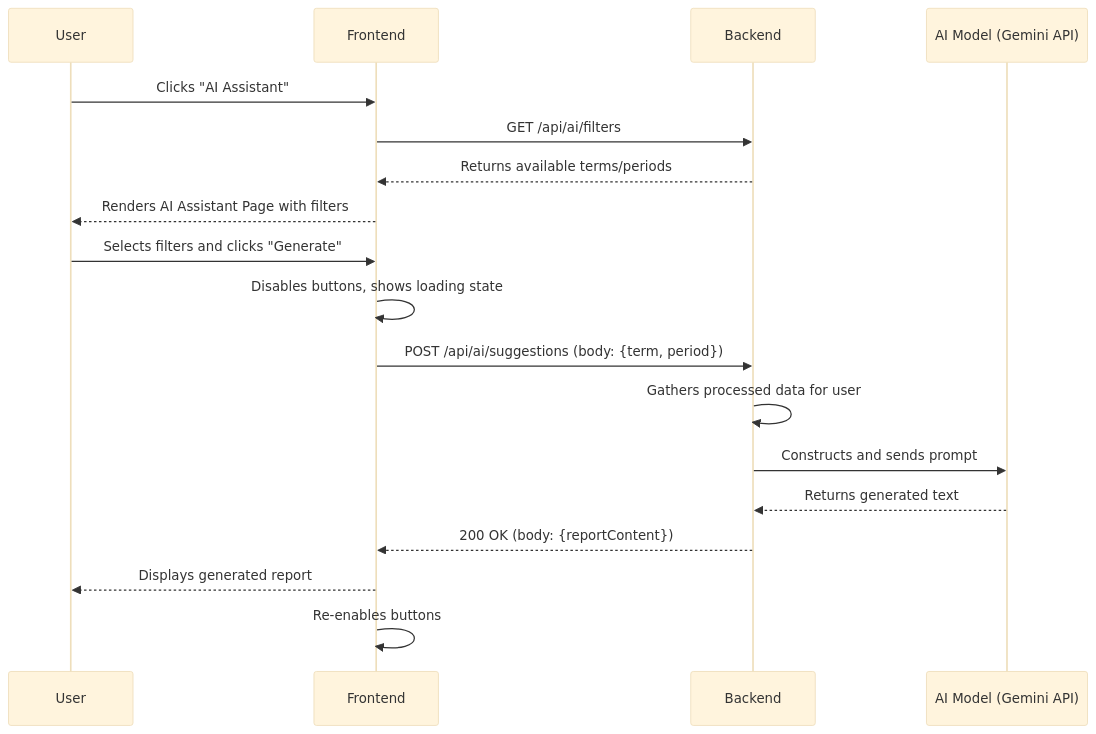
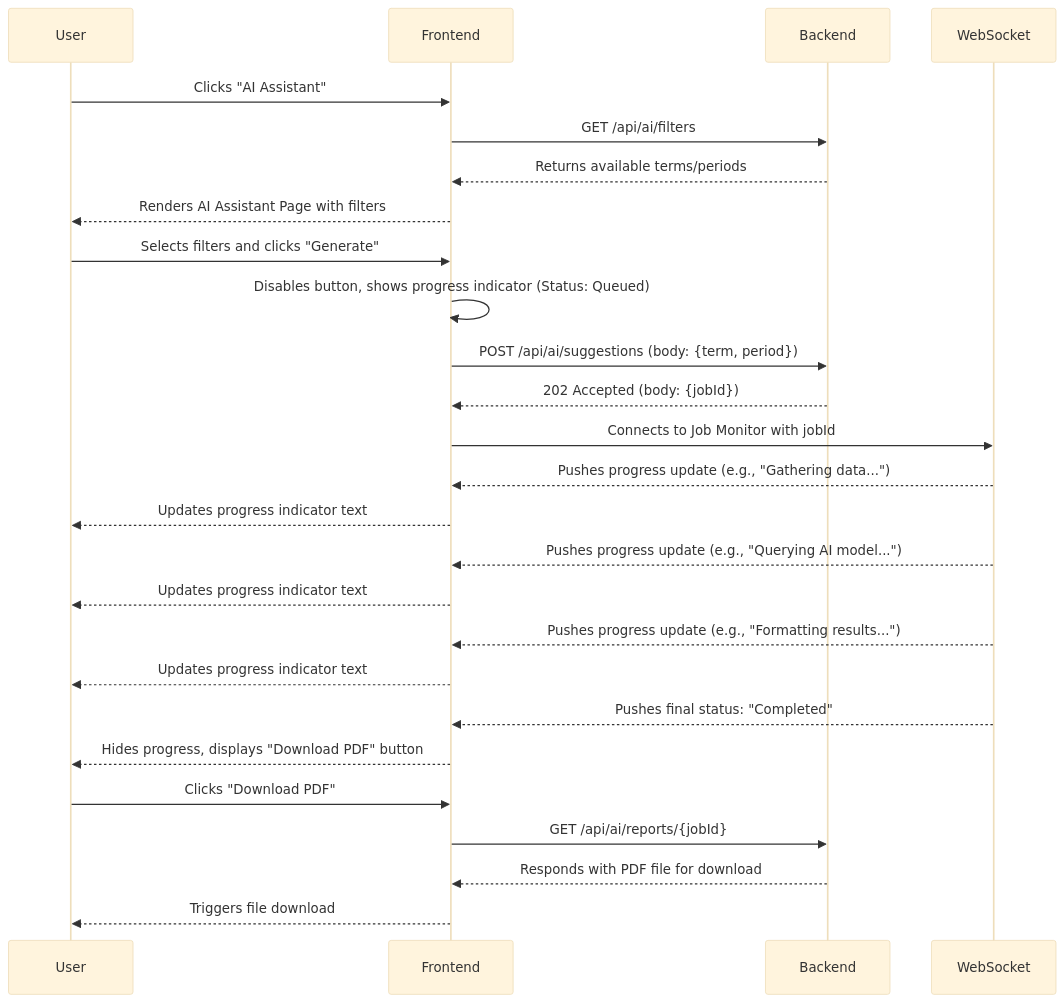
Before and after one commit to HunterKart/proficiency-faculty-evaluation: the third of 17 diagrams in docs/front-end-spec.md, drawn with Mermaid (base theme). The commit also changed other lines of this file, not shown here.

Commit message:
Updated the Generate AI Suggestions Flow in front-end-spec.md
Changed the synchronous flow to asynchronous flow for generating AI Suggestions.

````diff
--- a/docs/front-end-spec.md
+++ b/docs/front-end-spec.md
@@ -197,20 +197,32 @@
 ```mermaid
 sequenceDiagram
     participant User
     participant Frontend
     participant Backend
-    participant AI Model (Gemini API)
+    participant WebSocket
+
     User->>Frontend: Clicks "AI Assistant"
     Frontend->>Backend: GET /api/ai/filters
     Backend-->>Frontend: Returns available terms/periods
     Frontend-->>User: Renders AI Assistant Page with filters
+
     User->>Frontend: Selects filters and clicks "Generate"
-    Frontend->>Frontend: Disables buttons, shows loading state
+    Frontend->>Frontend: Disables button, shows progress indicator (Status: Queued)
     Frontend->>Backend: POST /api/ai/suggestions (body: {term, period})
-    Backend->>Backend: Gathers processed data for user
-    Backend->>AI Model (Gemini API): Constructs and sends prompt
-    AI Model (Gemini API)-->>Backend: Returns generated text
-    Backend-->>Frontend: 200 OK (body: {reportContent})
-    Frontend-->>User: Displays generated report
-    Frontend->>Frontend: Re-enables buttons
+    Backend-->>Frontend: 202 Accepted (body: {jobId})
+    Frontend->>WebSocket: Connects to Job Monitor with jobId
+
+    WebSocket-->>Frontend: Pushes progress update (e.g., "Gathering data...")
+    Frontend-->>User: Updates progress indicator text
+    WebSocket-->>Frontend: Pushes progress update (e.g., "Querying AI model...")
+    Frontend-->>User: Updates progress indicator text
+    WebSocket-->>Frontend: Pushes progress update (e.g., "Formatting results...")
+    Frontend-->>User: Updates progress indicator text
+    WebSocket-->>Frontend: Pushes final status: "Completed"
+    Frontend-->>User: Hides progress, displays "Download PDF" button
+
+    User->>Frontend: Clicks "Download PDF"
+    Frontend->>Backend: GET /api/ai/reports/{jobId}
+    Backend-->>Frontend: Responds with PDF file for download
+    Frontend-->>User: Triggers file download
 ```
````
